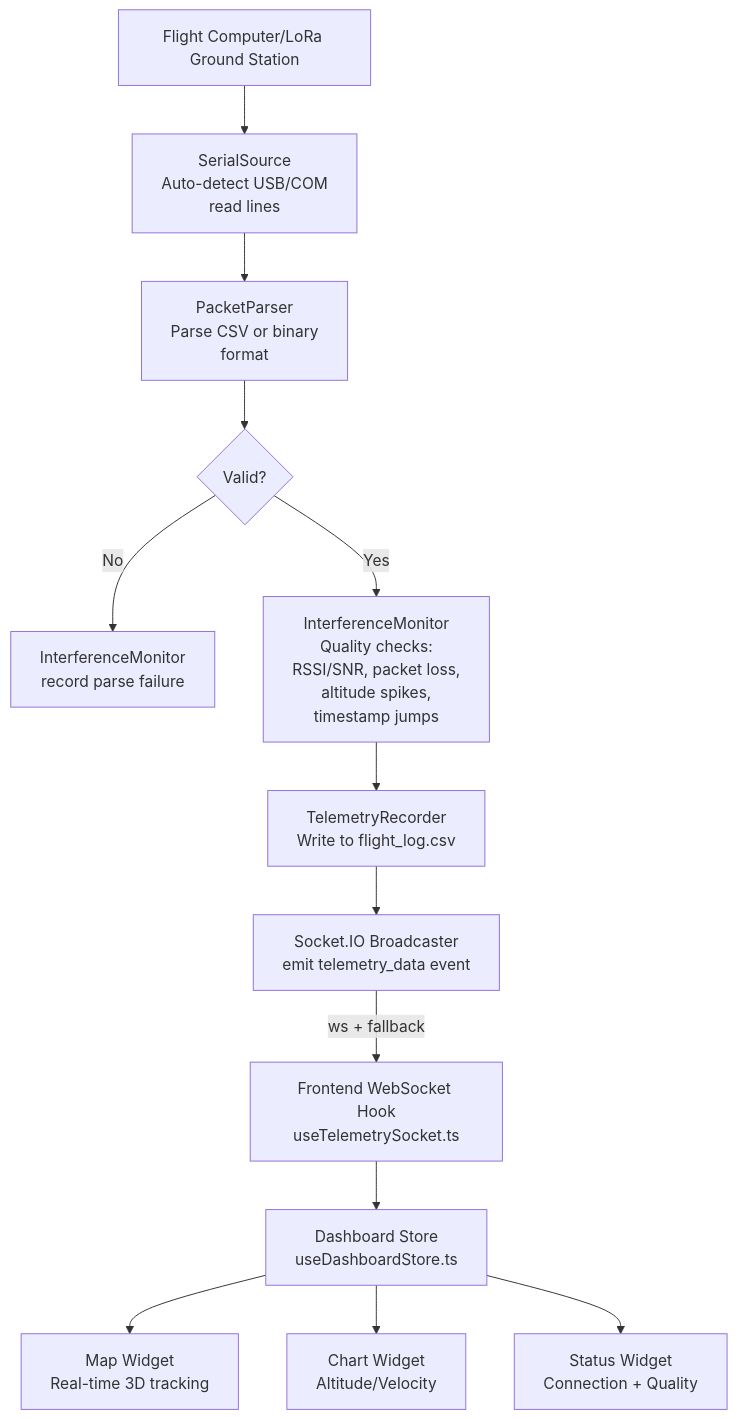
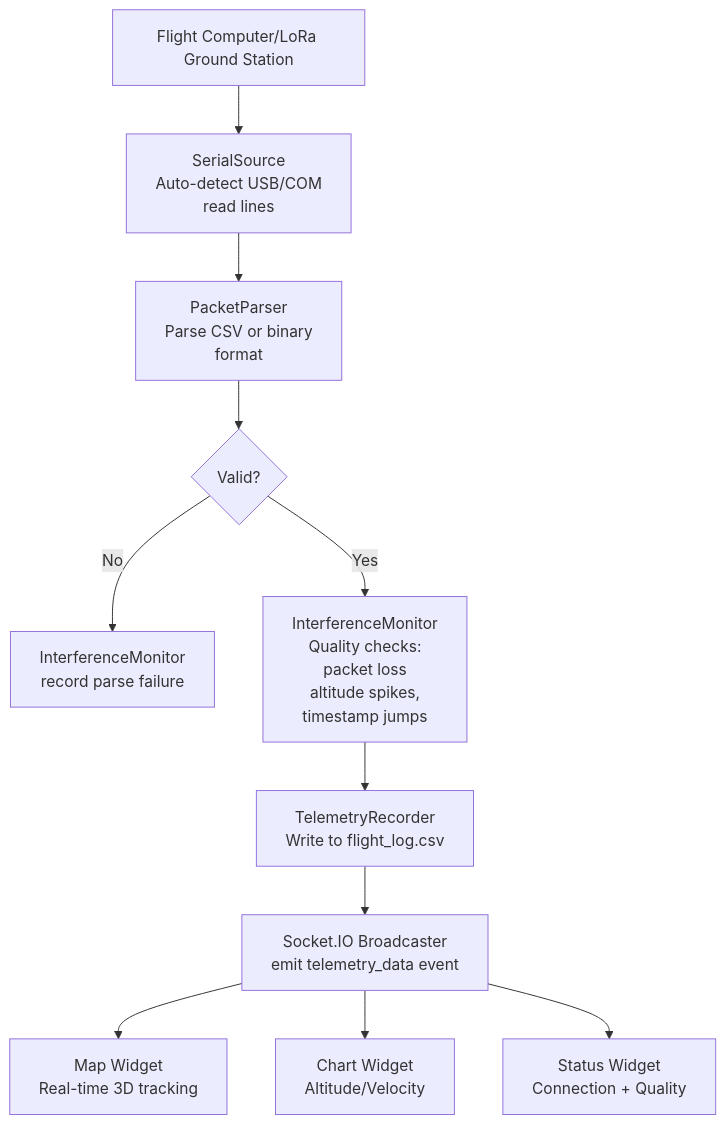
The diagram in README.md (lehangajanayake/ARD), drawn with Mermaid before and after one commit.

Commit message:
piple chart updates

````diff
--- a/README.md
+++ b/README.md
@@ -90,15 +90,13 @@
 ```mermaid
 flowchart TD
   A[Flight Computer/LoRa Ground Station] --> B[SerialSource<br/>Auto-detect USB/COM<br/>read lines]
   B --> C[PacketParser<br/>Parse CSV or binary<br/>format]
   C --> D{Valid?}
   D -->|No| E[InterferenceMonitor<br/>record parse failure]
-  D -->|Yes| F[InterferenceMonitor<br/>Quality checks:<br/>RSSI/SNR, packet loss,<br/>altitude spikes,<br/>timestamp jumps]
+  D -->|Yes| F[InterferenceMonitor<br/>Quality checks:<br/>packet loss<br/>altitude spikes,<br/>timestamp jumps]
   F --> G[TelemetryRecorder<br/>Write to flight_log.csv]
   G --> H[Socket.IO Broadcaster<br/>emit telemetry_data event]
-  H -->|ws + fallback| I[Frontend WebSocket Hook<br/>useTelemetrySocket.ts]
-  I --> J[Dashboard Store<br/>useDashboardStore.ts]
-  J --> K1[Map Widget<br/>Real-time 3D tracking]
-  J --> K2[Chart Widget<br/>Altitude/Velocity]
-  J --> K3[Status Widget<br/>Connection + Quality]
+  H --> K1[Map Widget<br/>Real-time 3D tracking]
+  H --> K2[Chart Widget<br/>Altitude/Velocity]
+  H --> K3[Status Widget<br/>Connection + Quality]
 ```
````
